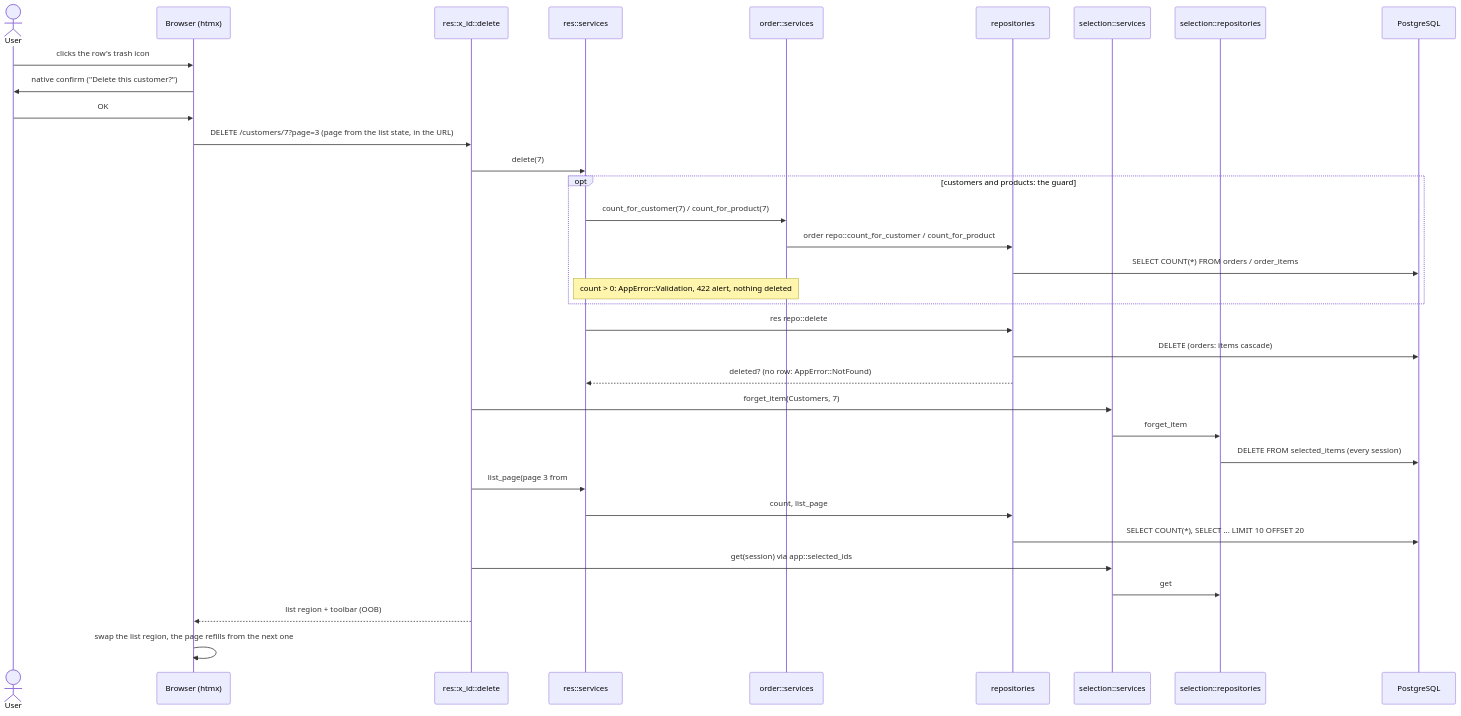
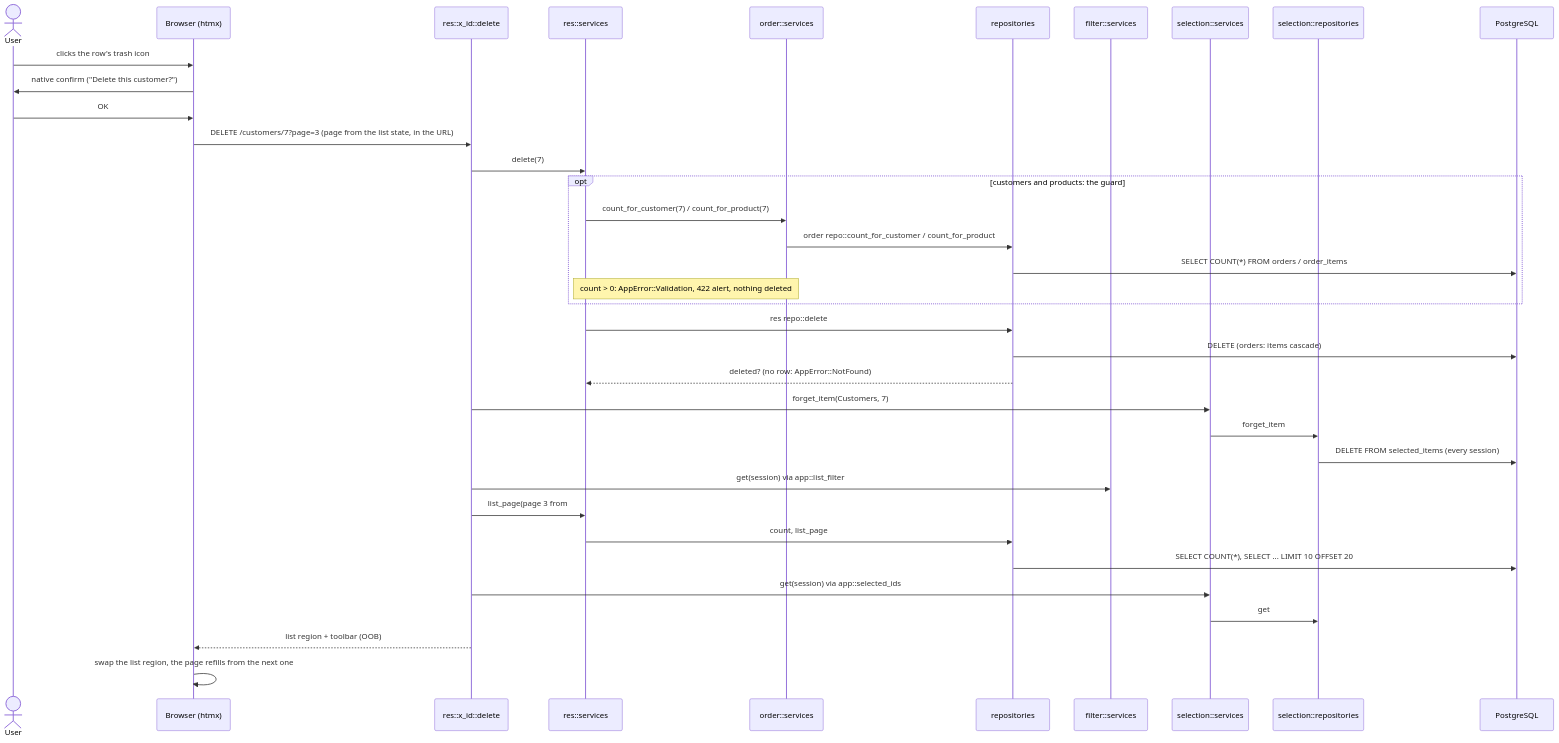
The diagram in docs/interaction-diagrams/08-delete-row.md (bunyawats/customer_crud_topcoat), drawn with Mermaid before and after one commit. The commit also changed 67 other files, not shown here.

First line of the commit message:
Add list search with criteria kept in a server-side filter object

````diff
--- a/docs/interaction-diagrams/08-delete-row.md
+++ b/docs/interaction-diagrams/08-delete-row.md
@@ -3,36 +3,38 @@
 ```mermaid
 sequenceDiagram
     actor U as User
     participant B as Browser (htmx)
     participant H as res::x_id::delete
     participant S as res::services
     participant OS as order::services
     participant R as repositories
+    participant FS as filter::services
     participant SelS as selection::services
     participant SelR as selection::repositories
     participant DB as PostgreSQL
     U->>B: clicks the row's trash icon
     B->>U: native confirm ("Delete this customer?")
     U->>B: OK
     B->>H: DELETE /customers/7?page=3 (page from the list state, in the URL)
     H->>S: delete(7)
     opt customers and products: the guard
         S->>OS: count_for_customer(7) / count_for_product(7)
         OS->>R: order repo::count_for_customer / count_for_product
         R->>DB: SELECT COUNT(*) FROM orders / order_items
         Note over S,OS: count > 0: AppError::Validation, 422 alert, nothing deleted
     end
     S->>R: res repo::delete
     R->>DB: DELETE (orders: items cascade)
     R-->>S: deleted? (no row: AppError::NotFound)
     H->>SelS: forget_item(Customers, 7)
     SelS->>SelR: forget_item
     SelR->>DB: DELETE FROM selected_items (every session)
-    H->>S: list_page(page 3 from #[query_params], fresh count, clamped)
+    H->>FS: get(session) via app::list_filter
+    H->>S: list_page(page 3 from #[query_params], fresh count, clamped, filter)
     S->>R: count, list_page
     R->>DB: SELECT COUNT(*), SELECT ... LIMIT 10 OFFSET 20
     H->>SelS: get(session) via app::selected_ids
     SelS->>SelR: get
     H-->>B: list region + toolbar (OOB)
     B->>B: swap the list region, the page refills from the next one
 ```
````
